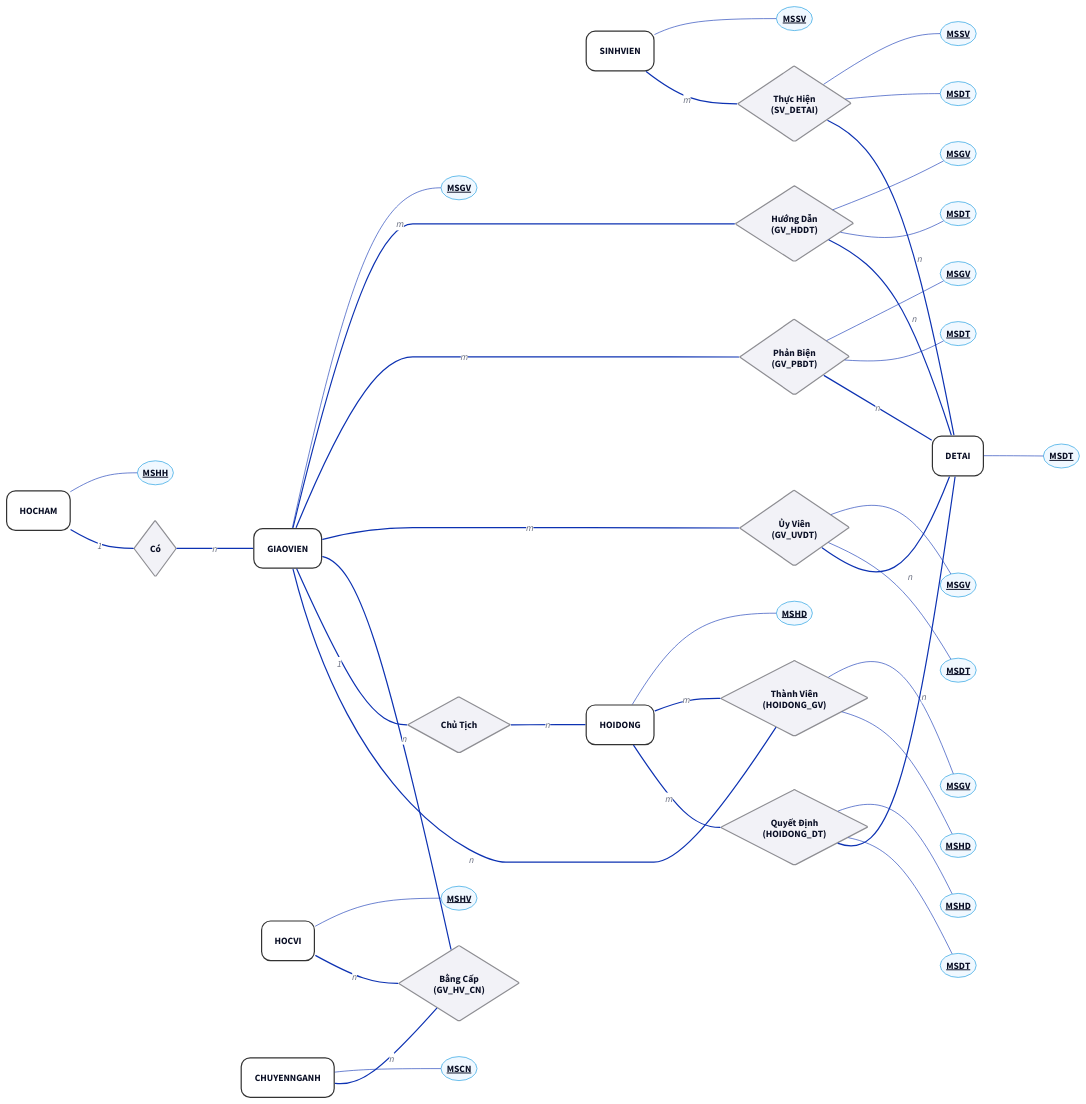
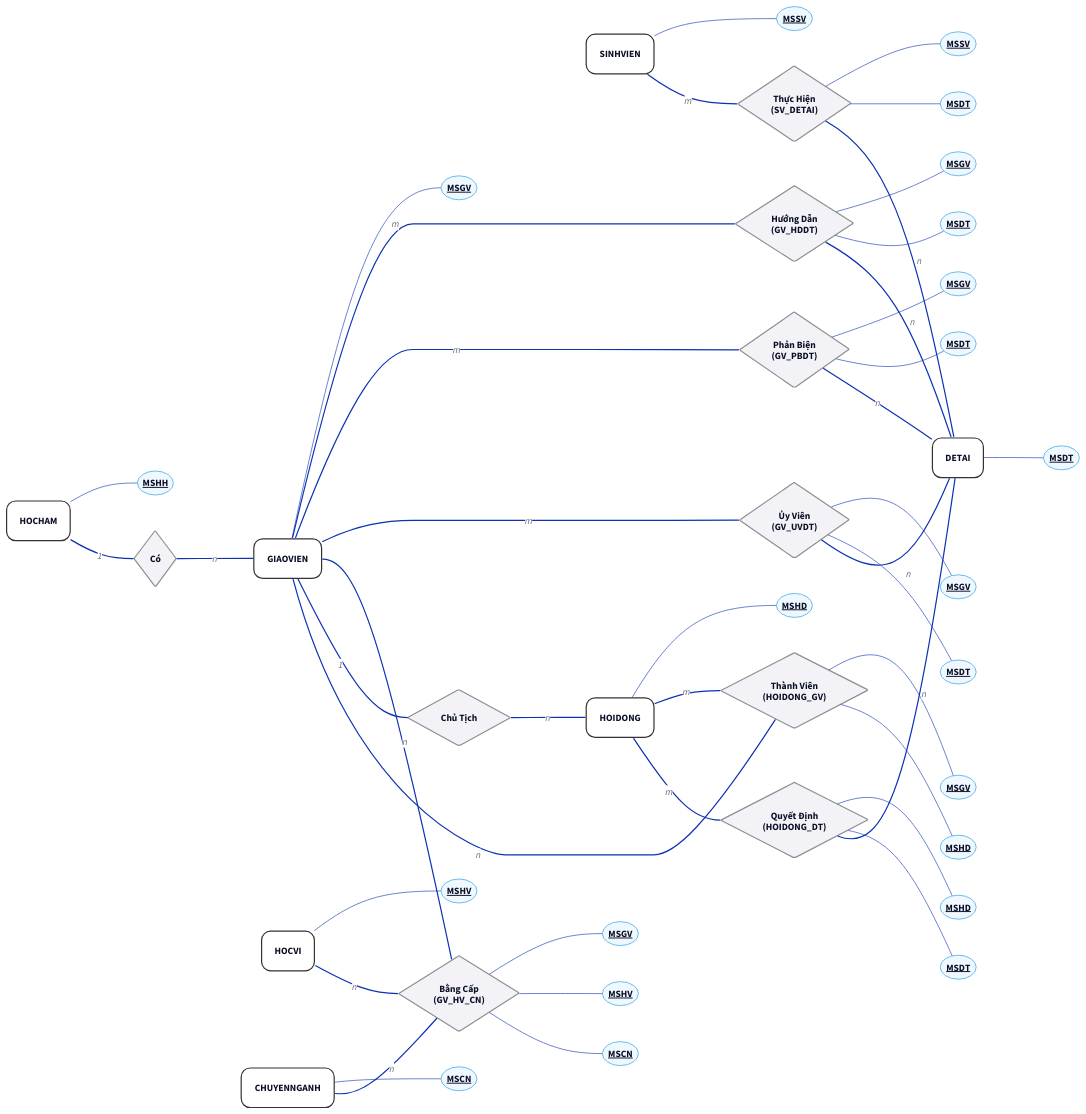
Before and after one commit to sam-uit/typst-report-template: the diagram in content/diagrams/BTTH6-ER.d2, drawn with D2.

```diff
--- a/content/diagrams/BTTH6-ER.d2
+++ b/content/diagrams/BTTH6-ER.d2
@@ -155,6 +155,15 @@
 # Ternary Relationship (GV_HV_CN)
 GV_HV_CN: {class: rel; label: "Bằng Cấp\n(GV_HV_CN)"}
 
+gv_hv_cn_msgv: {class: attr_pri; label: "MSGV"}
+GV_HV_CN -- gv_hv_cn_msgv: {style: {stroke-width: 1}}
+
+gv_hv_cn_mshv: {class: attr_pri; label: "MSHV"}
+GV_HV_CN -- gv_hv_cn_mshv: {style: {stroke-width: 1}}
+
+gv_hv_cn_mscn: {class: attr_pri; label: "MSCN"}
+GV_HV_CN -- gv_hv_cn_mscn: {style: {stroke-width: 1}}
+
 # 1-N Relationships (Logical)
 co_hoc_ham: {class: rel; label: "Có"}
 chu_tich: {class: rel; label: "Chủ Tịch"}
```
